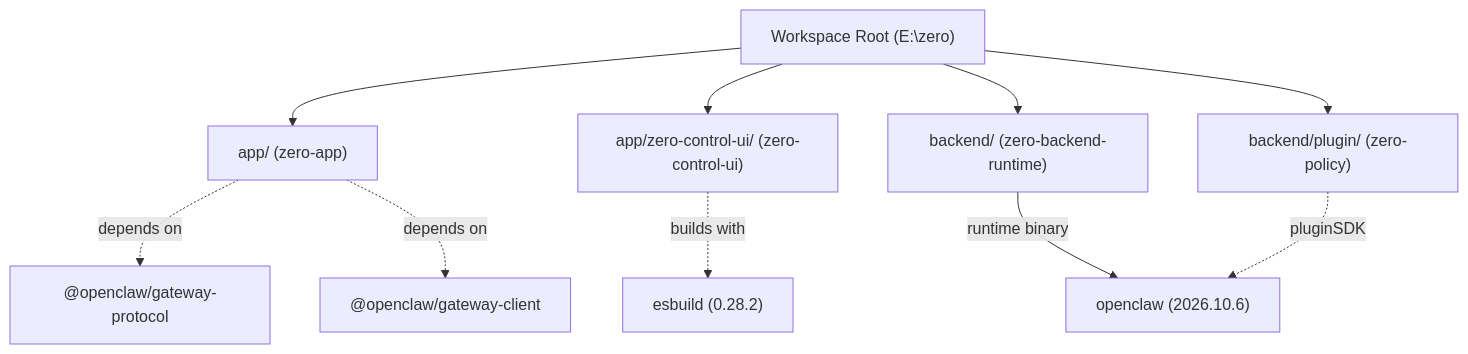
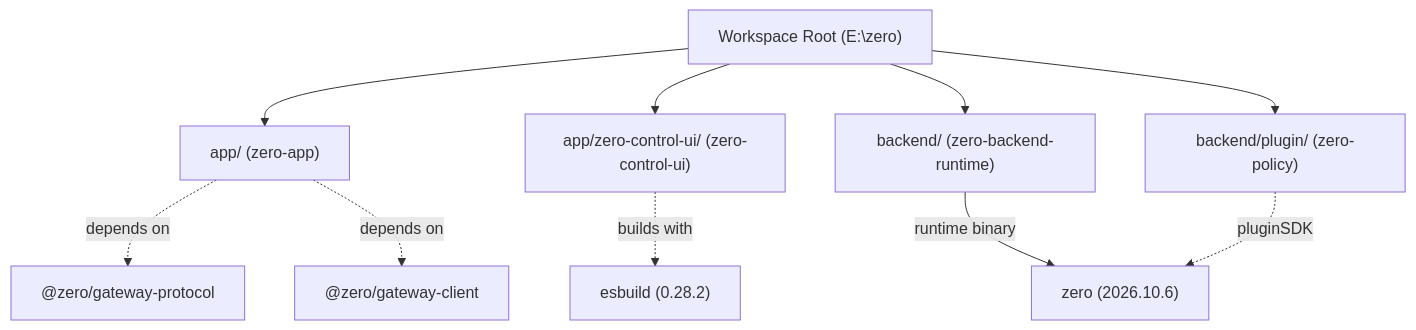
The diagram in docs/audit/DEPENDENCY-MAP.md (aipubg/zero), drawn with Mermaid before and after one commit. The commit also changed other lines of this file and 113 other files, not shown here.

````diff
--- a/docs/audit/DEPENDENCY-MAP.md
+++ b/docs/audit/DEPENDENCY-MAP.md
@@ -13,19 +13,19 @@
 ```mermaid
 flowchart TD
     Root["Workspace Root (E:\zero)"]
     App["app/ (zero-app)"]
     UI["app/zero-control-ui/ (zero-control-ui)"]
     Backend["backend/ (zero-backend-runtime)"]
     Plugin["backend/plugin/ (zero-policy)"]
 
     Root --> App
     Root --> UI
     Root --> Backend
     Root --> Plugin
     
-    App -.->|"depends on"| UpstreamProt["@openclaw/gateway-protocol"]
-    App -.->|"depends on"| UpstreamClient["@openclaw/gateway-client"]
+    App -.->|"depends on"| UpstreamProt["@zero/gateway-protocol"]
+    App -.->|"depends on"| UpstreamClient["@zero/gateway-client"]
     UI -.->|"builds with"| esbuild["esbuild (0.28.2)"]
-    Backend -->|"runtime binary"| UpstreamHost["openclaw (2026.10.6)"]
+    Backend -->|"runtime binary"| UpstreamHost["zero (2026.10.6)"]
     Plugin -.->|"pluginSDK"| UpstreamHost
 ```
````
